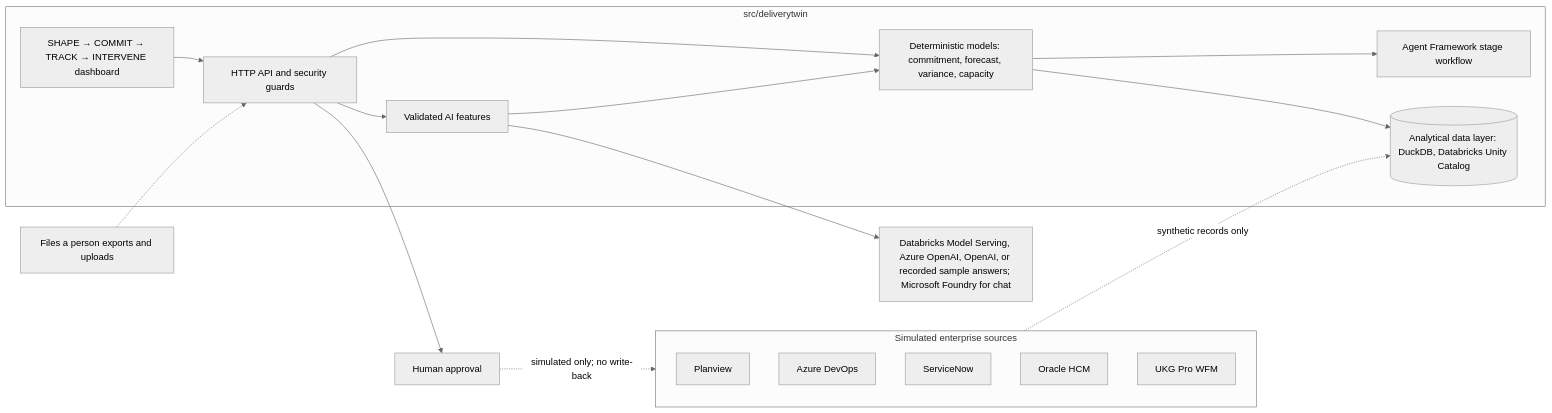
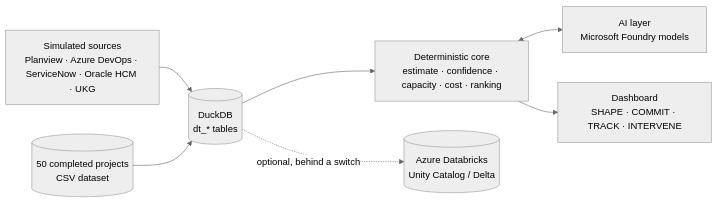
The diagram in README.md (mskpairprogrammer/deliverytwin), drawn with Mermaid (neutral theme) before and after one commit. The commit also changed other lines of this file, not shown here.

````diff
--- a/README.md
+++ b/README.md
@@ -237,28 +55,9 @@
 ```mermaid
 flowchart LR
-    subgraph Sources["Simulated enterprise sources"]
-        PV[Planview]
-        ADO[Azure DevOps]
-        SN[ServiceNow]
-        HCM[Oracle HCM]
-        UKG[UKG Pro WFM]
-    end
-    subgraph App["src/deliverytwin"]
-        UI[SHAPE → COMMIT → TRACK → INTERVENE dashboard]
-        API[HTTP API and security guards]
-        RULES[Deterministic models: commitment, forecast, variance, capacity]
-        AI[Validated AI features]
-        WF[Agent Framework stage workflow]
-        DATA[(Analytical data layer: DuckDB, Databricks Unity Catalog)]
-        UI --> API --> RULES
-        API --> AI
-        RULES --> WF
-        RULES --> DATA
-        AI --> RULES
-    end
-    Sources -. synthetic records only .-> DATA
-    AI --> MODEL[Databricks Model Serving, Azure OpenAI, OpenAI, or recorded sample answers; Microsoft Foundry for chat]
-    UPLOAD[Files a person exports and uploads] -.-> API
-    API --> HUMAN[Human approval]
-    HUMAN -. simulated only; no write-back .-> Sources
+    SRC["Simulated sources<br/>Planview · Azure DevOps · ServiceNow · Oracle HCM · UKG"] --> DATA[("DuckDB<br/>dt_* tables")]
+    HIST[("50 completed projects<br/>CSV dataset")] --> DATA
+    DATA --> CORE["Deterministic core<br/>estimate · confidence · capacity · cost · ranking"]
+    CORE <--> AI["AI layer<br/>Microsoft Foundry models"]
+    CORE --> UI["Dashboard<br/>SHAPE · COMMIT · TRACK · INTERVENE"]
+    DATA -. "optional, behind a switch" .-> DBX[("Azure Databricks<br/>Unity Catalog / Delta")]
 ```
````
